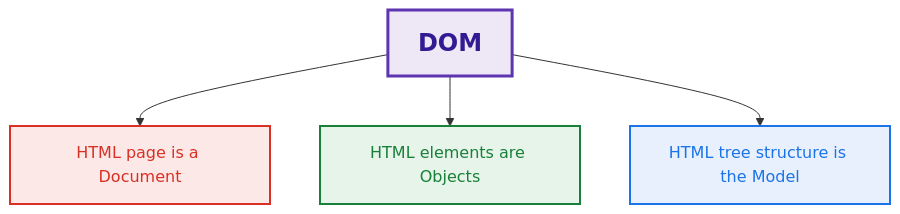
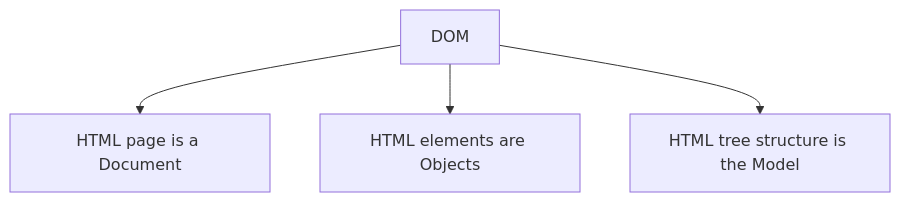
One commit to 0xProsenjit/full-stack-developer-journey changed the diagram in Html and CSS project/Bio page_DOM/README.md. Above: the diagram before and after it, drawn with Mermaid. The commit also changed other lines of this file, not shown here.

````diff
--- a/Html and CSS project/Bio page_DOM/README.md
+++ b/Html and CSS project/Bio page_DOM/README.md
@@ -3,17 +2,7 @@
 ```mermaid
 flowchart TD
     DOM["DOM"]
     DOM --> D["HTML page is a Document"]
     DOM --> O["HTML elements are Objects"]
     DOM --> M["HTML tree structure is the Model"]
-
-    classDef domStyle font-size:24px,font-weight:bold,fill:#ede7f6,stroke:#5e35b1,stroke-width:3px,color:#311b92
-    classDef docBox fill:#fce8e6,stroke:#d93025,stroke-width:2px,color:#d93025
-    classDef objBox fill:#e6f4ea,stroke:#188038,stroke-width:2px,color:#188038
-    classDef modBox fill:#e8f0fe,stroke:#1a73e8,stroke-width:2px,color:#1a73e8
-
-    class DOM domStyle
-    class D docBox
-    class O objBox
-    class M modBox
 ```
````
